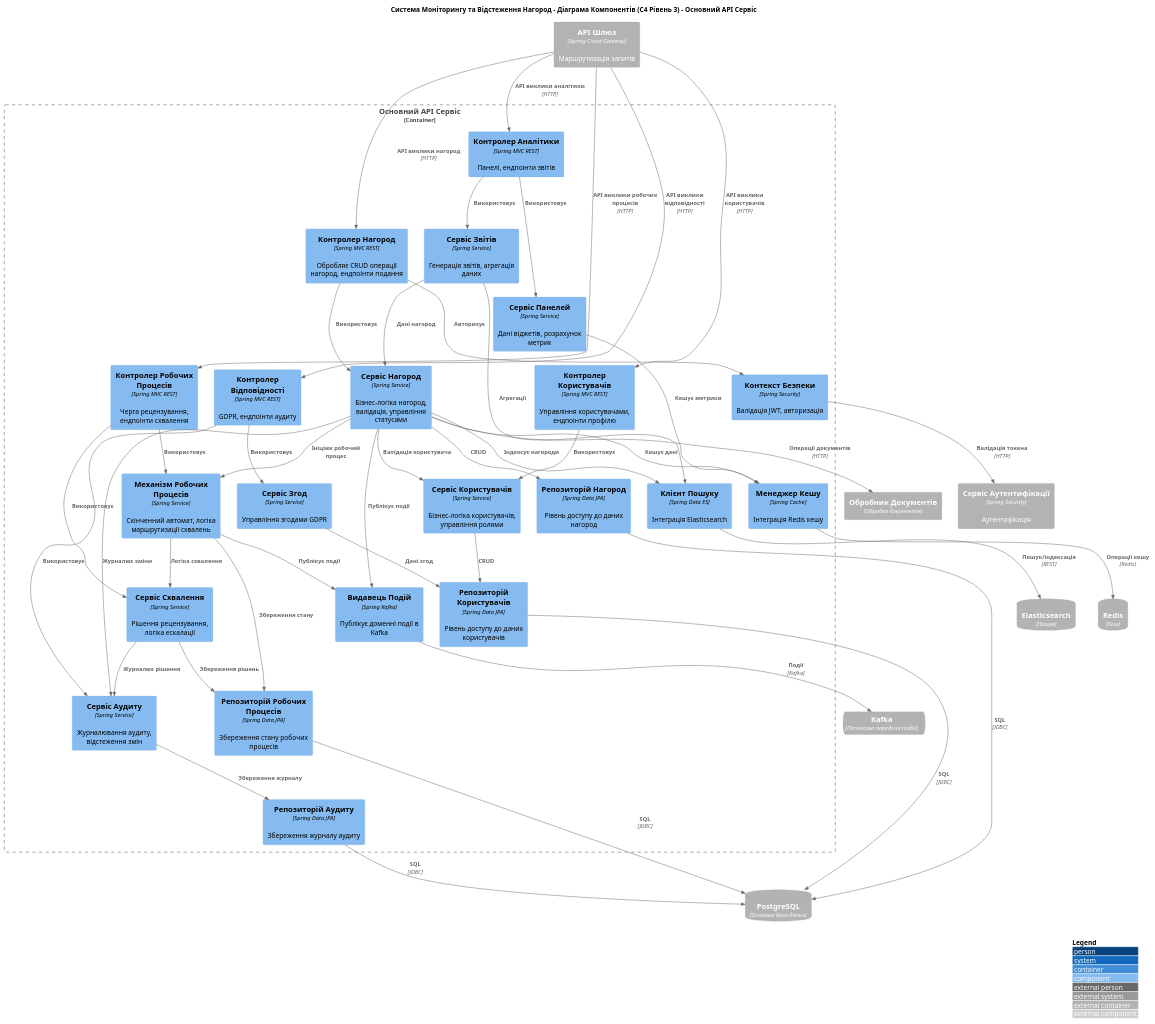
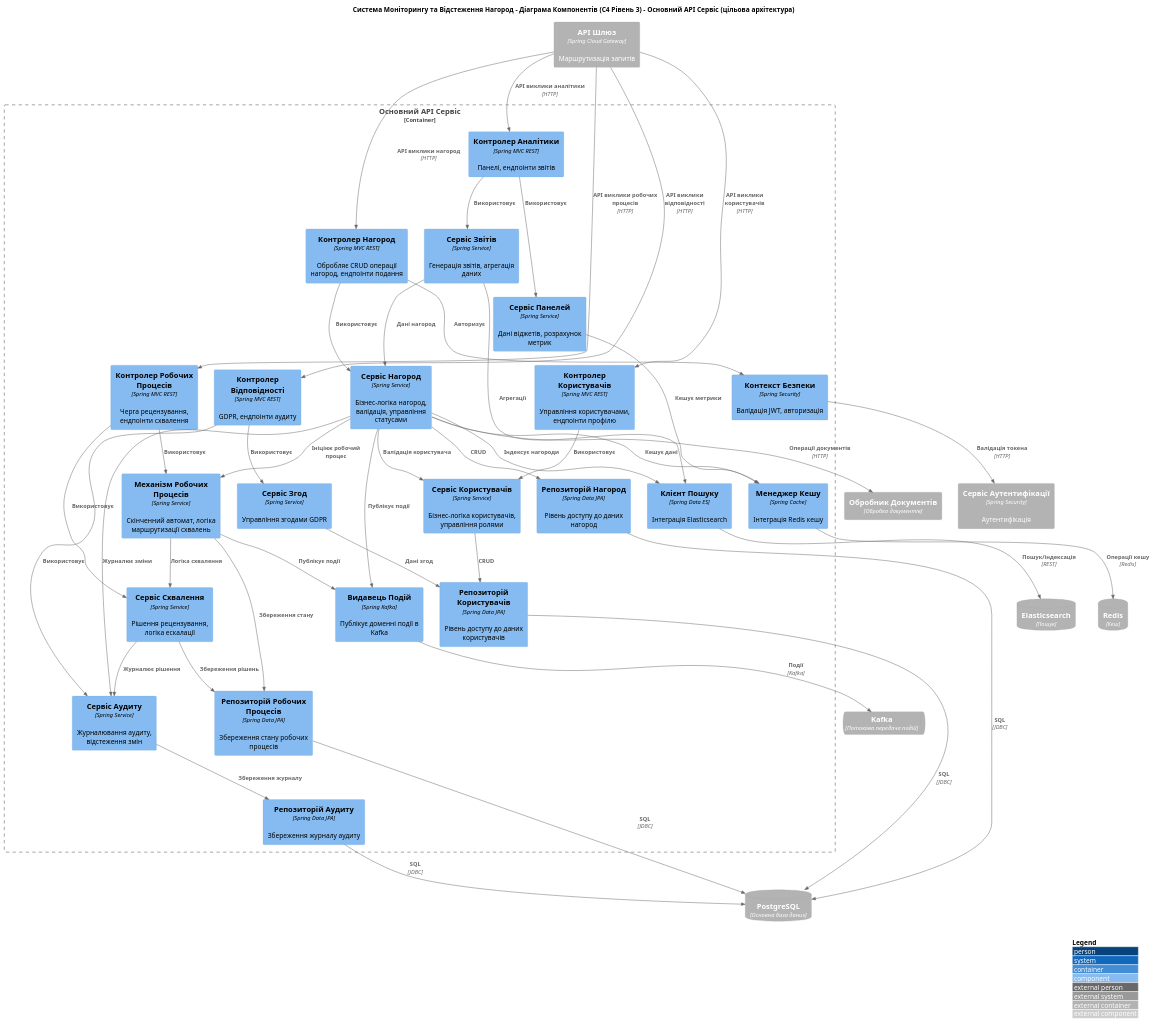
One commit to StKostyk/award-monitoring-system changed the diagram in docs/ua/diagrams/c4-component.puml. Above: the diagram before and after it, drawn with PlantUML. The commit also changed 34 other files, not shown here.

```diff
--- a/docs/ua/diagrams/c4-component.puml
+++ b/docs/ua/diagrams/c4-component.puml
@@ -1,107 +1,109 @@
 @startuml C4_Component_UA
 !include https://raw.githubusercontent.com/plantuml-stdlib/C4-PlantUML/master/C4_Component.puml
 
-title Система Моніторингу та Відстеження Нагород - Діаграма Компонентів (C4 Рівень 3) - Основний API Сервіс
+title Система Моніторингу та Відстеження Нагород - Діаграма Компонентів (C4 Рівень 3) - Основний API Сервіс (цільова архітектура)
+
+' Цільова архітектура (проєкт 2025 року). Реалізація після епіку 2: uml/package-diagram.puml і c4-container-as-built.puml; відкладені частини перелічено в доповненнях до ADR від 2026-10.
 
 LAYOUT_WITH_LEGEND()
 
 ' Зовнішні Контейнери
 Container_Ext(api_gateway, "API Шлюз", "Spring Cloud Gateway", "Маршрутизація запитів")
 Container_Ext(auth_service, "Сервіс Аутентифікації", "Spring Security", "Аутентифікація")
 ContainerDb_Ext(postgres, "PostgreSQL", "Основна база даних")
 ContainerDb_Ext(redis, "Redis", "Кеш")
 ContainerDb_Ext(elasticsearch, "Elasticsearch", "Пошук")
 ContainerQueue_Ext(kafka, "Kafka", "Потокова передача подій")
 Container_Ext(doc_processor, "Обробник Документів", "Обробка документів")
 
 ' Межі Основного API Сервісу
 Container_Boundary(core_api, "Основний API Сервіс") {
     
     ' Модуль Нагород
     Component(award_controller, "Контролер Нагород", "Spring MVC REST", "Обробляє CRUD операції нагород, ендпоінти подання")
     Component(award_service, "Сервіс Нагород", "Spring Service", "Бізнес-логіка нагород, валідація, управління статусами")
     Component(award_repository, "Репозиторій Нагород", "Spring Data JPA", "Рівень доступу до даних нагород")
     
     ' Модуль Користувачів
     Component(user_controller, "Контролер Користувачів", "Spring MVC REST", "Управління користувачами, ендпоінти профілю")
     Component(user_service, "Сервіс Користувачів", "Spring Service", "Бізнес-логіка користувачів, управління ролями")
     Component(user_repository, "Репозиторій Користувачів", "Spring Data JPA", "Рівень доступу до даних користувачів")
     
     ' Модуль Робочих Процесів
     Component(workflow_controller, "Контролер Робочих Процесів", "Spring MVC REST", "Черга рецензування, ендпоінти схвалення")
     Component(workflow_engine, "Механізм Робочих Процесів", "Spring Service", "Скінченний автомат, логіка маршрутизації схвалень")
     Component(approval_service, "Сервіс Схвалення", "Spring Service", "Рішення рецензування, логіка ескалації")
     Component(workflow_repository, "Репозиторій Робочих Процесів", "Spring Data JPA", "Збереження стану робочих процесів")
     
     ' Модуль Аналітики
     Component(analytics_controller, "Контролер Аналітики", "Spring MVC REST", "Панелі, ендпоінти звітів")
     Component(report_service, "Сервіс Звітів", "Spring Service", "Генерація звітів, агрегація даних")
     Component(dashboard_service, "Сервіс Панелей", "Spring Service", "Дані віджетів, розрахунок метрик")
     
     ' Модуль Відповідності
     Component(compliance_controller, "Контролер Відповідності", "Spring MVC REST", "GDPR, ендпоінти аудиту")
     Component(audit_service, "Сервіс Аудиту", "Spring Service", "Журналювання аудиту, відстеження змін")
     Component(consent_service, "Сервіс Згод", "Spring Service", "Управління згодами GDPR")
     Component(audit_repository, "Репозиторій Аудиту", "Spring Data JPA", "Збереження журналу аудиту")
     
     ' Спільні Компоненти
     Component(event_publisher, "Видавець Подій", "Spring Kafka", "Публікує доменні події в Kafka")
     Component(cache_manager, "Менеджер Кешу", "Spring Cache", "Інтеграція Redis кешу")
     Component(search_client, "Клієнт Пошуку", "Spring Data ES", "Інтеграція Elasticsearch")
     Component(security_context, "Контекст Безпеки", "Spring Security", "Валідація JWT, авторизація")
 }
 
 ' Зовнішні Зв'язки
 Rel(api_gateway, award_controller, "API виклики нагород", "HTTP")
 Rel(api_gateway, user_controller, "API виклики користувачів", "HTTP")
 Rel(api_gateway, workflow_controller, "API виклики робочих процесів", "HTTP")
 Rel(api_gateway, analytics_controller, "API виклики аналітики", "HTTP")
 Rel(api_gateway, compliance_controller, "API виклики відповідності", "HTTP")
 
 ' Контролер до Сервісу
 Rel(award_controller, award_service, "Використовує")
 Rel(award_controller, security_context, "Авторизує")
 Rel(user_controller, user_service, "Використовує")
 Rel(workflow_controller, workflow_engine, "Використовує")
 Rel(workflow_controller, approval_service, "Використовує")
 Rel(analytics_controller, report_service, "Використовує")
 Rel(analytics_controller, dashboard_service, "Використовує")
 Rel(compliance_controller, audit_service, "Використовує")
 Rel(compliance_controller, consent_service, "Використовує")
 
 ' Сервіс до Сервісу
 Rel(award_service, user_service, "Валідація користувача")
 Rel(award_service, workflow_engine, "Ініціює робочий процес")
 Rel(award_service, audit_service, "Журналює зміни")
 Rel(workflow_engine, approval_service, "Логіка схвалення")
 Rel(approval_service, audit_service, "Журналює рішення")
 Rel(report_service, award_service, "Дані нагород")
 
 ' Сервіс до Репозиторію
 Rel(award_service, award_repository, "CRUD")
 Rel(user_service, user_repository, "CRUD")
 Rel(workflow_engine, workflow_repository, "Збереження стану")
 Rel(approval_service, workflow_repository, "Збереження рішень")
 Rel(audit_service, audit_repository, "Збереження журналу")
 Rel(consent_service, user_repository, "Дані згод")
 
 ' Сервіс до Спільних Компонентів
 Rel(award_service, event_publisher, "Публікує події")
 Rel(workflow_engine, event_publisher, "Публікує події")
 Rel(award_service, cache_manager, "Кешує дані")
 Rel(dashboard_service, cache_manager, "Кешує метрики")
 Rel(award_service, search_client, "Індексує нагороди")
 Rel(report_service, search_client, "Агрегації")
 
 ' Спільні до Зовнішніх
 Rel(award_repository, postgres, "SQL", "JDBC")
 Rel(user_repository, postgres, "SQL", "JDBC")
 Rel(workflow_repository, postgres, "SQL", "JDBC")
 Rel(audit_repository, postgres, "SQL", "JDBC")
 Rel(cache_manager, redis, "Операції кешу", "Redis")
 Rel(search_client, elasticsearch, "Пошук/індексація", "REST")
 Rel(event_publisher, kafka, "Події", "Kafka")
 Rel(security_context, auth_service, "Валідація токена", "HTTP")
 Rel(award_service, doc_processor, "Операції документів", "HTTP")
 
 @enduml
```
